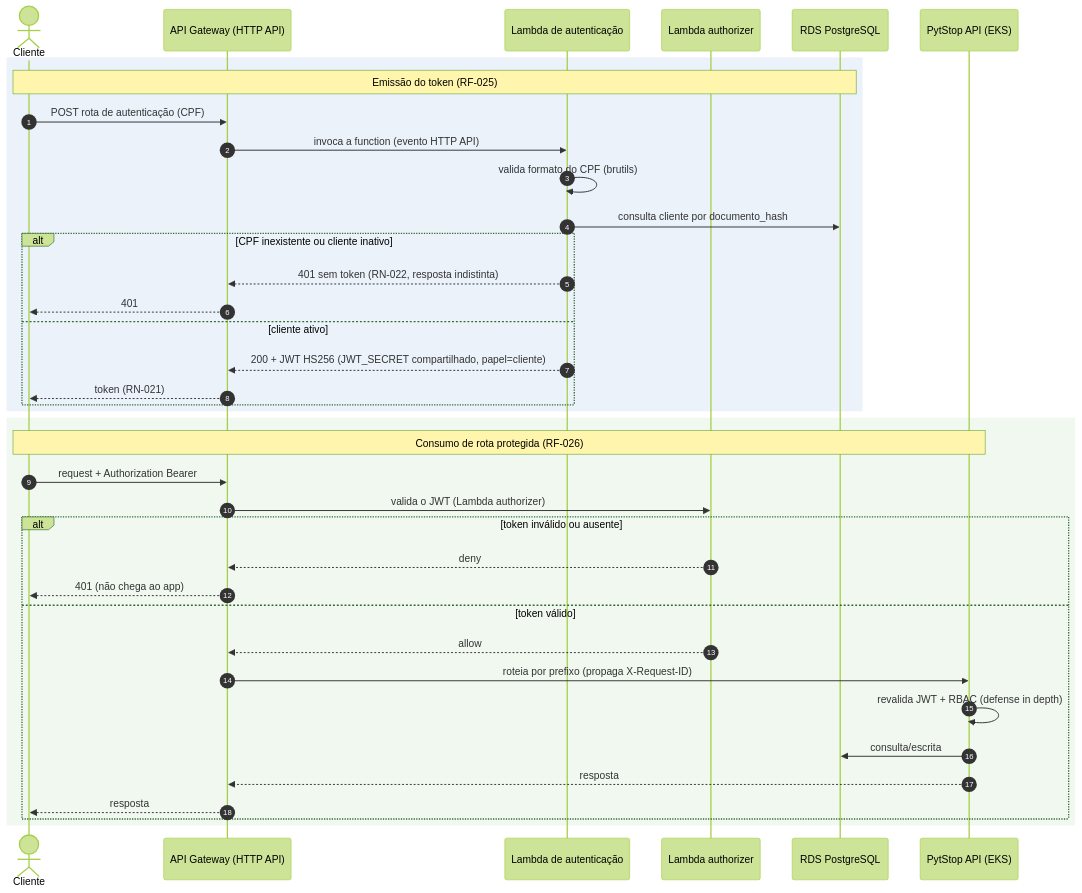
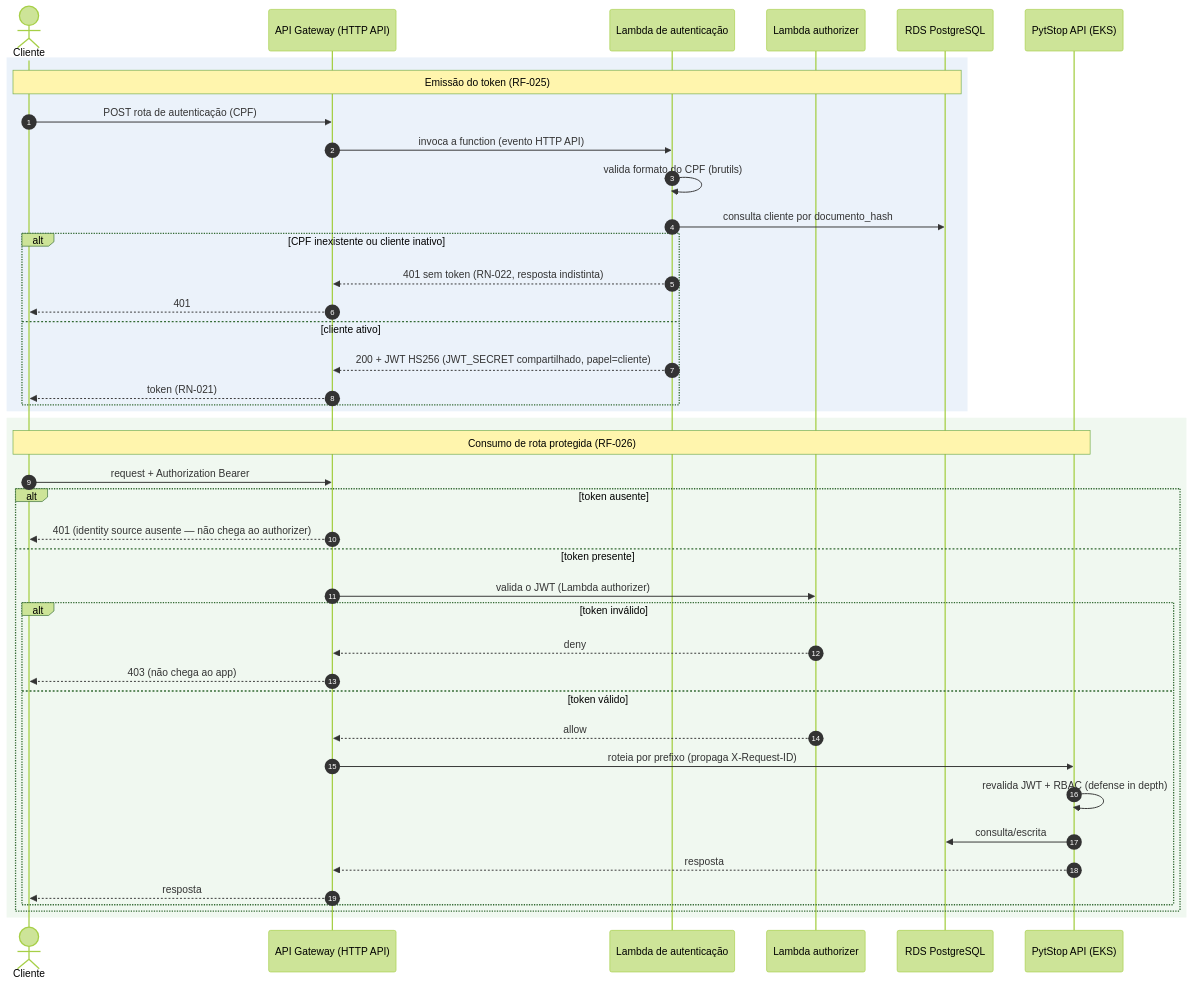
Before and after one commit to fiap-postech-sw-architecture/postech-sw-arch-p3: the third of 4 diagrams in docs/arquitetura/rfc/fase3/rfc-003-gateway-serverless-observabilidade.md, drawn with Mermaid (forest theme). The commit also changed other lines of this file and 9 other files, not shown here.

````diff
--- a/docs/arquitetura/rfc/fase3/rfc-003-gateway-serverless-observabilidade.md
+++ b/docs/arquitetura/rfc/fase3/rfc-003-gateway-serverless-observabilidade.md
@@ -273,42 +273,46 @@
 ```mermaid
 sequenceDiagram
     autonumber
     actor C as Cliente
     participant GW as API Gateway (HTTP API)
     participant LA as Lambda de autenticação
     participant AZ as Lambda authorizer
     participant DB as RDS PostgreSQL
     participant APP as PytStop API (EKS)
 
     rect rgb(235, 242, 250)
         Note over C,DB: Emissão do token (RF-025)
         C->>GW: POST rota de autenticação (CPF)
         GW->>LA: invoca a function (evento HTTP API)
         LA->>LA: valida formato do CPF (brutils)
         LA->>DB: consulta cliente por documento_hash
         alt CPF inexistente ou cliente inativo
             LA-->>GW: 401 sem token (RN-022, resposta indistinta)
             GW-->>C: 401
         else cliente ativo
             LA-->>GW: 200 + JWT HS256 (JWT_SECRET compartilhado, papel=cliente)
             GW-->>C: token (RN-021)
         end
     end
 
     rect rgb(240, 248, 240)
         Note over C,APP: Consumo de rota protegida (RF-026)
         C->>GW: request + Authorization Bearer
-        GW->>AZ: valida o JWT (Lambda authorizer)
-        alt token inválido ou ausente
-            AZ-->>GW: deny
-            GW-->>C: 401 (não chega ao app)
-        else token válido
-            AZ-->>GW: allow
-            GW->>APP: roteia por prefixo (propaga X-Request-ID)
-            APP->>APP: revalida JWT + RBAC (defense in depth)
-            APP->>DB: consulta/escrita
-            APP-->>GW: resposta
-            GW-->>C: resposta
+        alt token ausente
+            GW-->>C: 401 (identity source ausente — não chega ao authorizer)
+        else token presente
+            GW->>AZ: valida o JWT (Lambda authorizer)
+            alt token inválido
+                AZ-->>GW: deny
+                GW-->>C: 403 (não chega ao app)
+            else token válido
+                AZ-->>GW: allow
+                GW->>APP: roteia por prefixo (propaga X-Request-ID)
+                APP->>APP: revalida JWT + RBAC (defense in depth)
+                APP->>DB: consulta/escrita
+                APP-->>GW: resposta
+                GW-->>C: resposta
+            end
         end
     end
 ```
````
